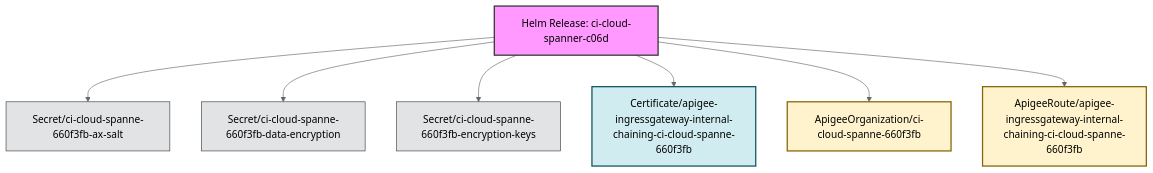
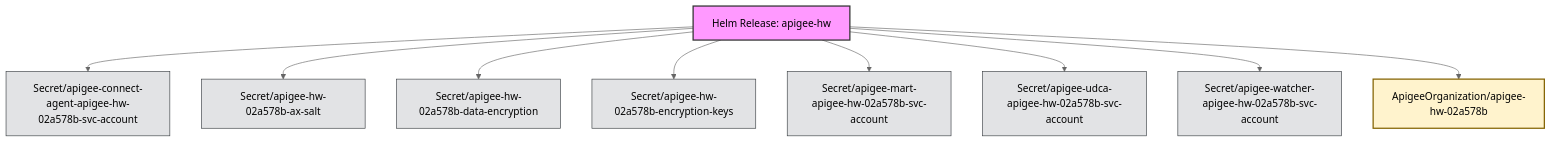
The diagram in generated/apigee-org-1.15.0-shallow-all.md (anaik91/apigee-hybrid-relationship-builder), drawn with Mermaid (neutral theme) before and after one commit. The commit also changed other lines of this file and 51 other files, not shown here.

````diff
--- a/generated/apigee-org-1.15.0-shallow-all.md
+++ b/generated/apigee-org-1.15.0-shallow-all.md
@@ -11,35 +11,41 @@
 ```mermaid
 graph TD;
     classDef helm fill:#f9f,stroke:#333,stroke-width:2px,color:#000
     classDef workload fill:#cce5ff,stroke:#004085,stroke-width:1px,color:#000
     classDef network fill:#d4edda,stroke:#155724,stroke-width:1px,color:#000
     classDef config fill:#e2e3e5,stroke:#383d41,stroke-width:1px,color:#000
     classDef rbac fill:#f8d7da,stroke:#721c24,stroke-width:1px,color:#000
     classDef apigee_crd fill:#fff3cd,stroke:#856404,stroke-width:2px,color:#000
     classDef cert_manager_crd fill:#d1ecf1,stroke:#0c5460,stroke-width:2px,color:#000
     classDef webhook fill:#ddd,stroke:#333,stroke-width:2px,color:#000
     classDef default fill:#fff,stroke:#333,stroke-width:1px,color:#000
 
-    HelmReleasecicloudspannerc06d["Helm Release: ci-cloud-spanner-c06d"]
-    Secretcicloudspanne660f3fbaxsalt["Secret/ci-cloud-spanne-660f3fb-ax-salt"]
-    Secretcicloudspanne660f3fbdataencryption["Secret/ci-cloud-spanne-660f3fb-data-encryption"]
-    Secretcicloudspanne660f3fbencryptionkeys["Secret/ci-cloud-spanne-660f3fb-encryption-keys"]
-    Certificateapigeeingressgatewayinternalchainingcicloudspanne660f3fb["Certificate/apigee-ingressgateway-internal-chaining-ci-cloud-spanne-660f3fb"]
-    ApigeeOrganizationcicloudspanne660f3fb["ApigeeOrganization/ci-cloud-spanne-660f3fb"]
-    ApigeeRouteapigeeingressgatewayinternalchainingcicloudspanne660f3fb["ApigeeRoute/apigee-ingressgateway-internal-chaining-ci-cloud-spanne-660f3fb"]
+    HelmReleaseapigeehw["Helm Release: apigee-hw"]
+    Secretapigeeconnectagentapigeehw02a578bsvcaccount["Secret/apigee-connect-agent-apigee-hw-02a578b-svc-account"]
+    Secretapigeehw02a578baxsalt["Secret/apigee-hw-02a578b-ax-salt"]
+    Secretapigeehw02a578bdataencryption["Secret/apigee-hw-02a578b-data-encryption"]
+    Secretapigeehw02a578bencryptionkeys["Secret/apigee-hw-02a578b-encryption-keys"]
+    Secretapigeemartapigeehw02a578bsvcaccount["Secret/apigee-mart-apigee-hw-02a578b-svc-account"]
+    Secretapigeeudcaapigeehw02a578bsvcaccount["Secret/apigee-udca-apigee-hw-02a578b-svc-account"]
+    Secretapigeewatcherapigeehw02a578bsvcaccount["Secret/apigee-watcher-apigee-hw-02a578b-svc-account"]
+    ApigeeOrganizationapigeehw02a578b["ApigeeOrganization/apigee-hw-02a578b"]
 
-    class HelmReleasecicloudspannerc06d helm;
-    class Secretcicloudspanne660f3fbaxsalt config;
-    class Secretcicloudspanne660f3fbdataencryption config;
-    class Secretcicloudspanne660f3fbencryptionkeys config;
-    class Certificateapigeeingressgatewayinternalchainingcicloudspanne660f3fb cert_manager_crd;
-    class ApigeeOrganizationcicloudspanne660f3fb apigee_crd;
-    class ApigeeRouteapigeeingressgatewayinternalchainingcicloudspanne660f3fb apigee_crd;
+    class HelmReleaseapigeehw helm;
+    class Secretapigeeconnectagentapigeehw02a578bsvcaccount config;
+    class Secretapigeehw02a578baxsalt config;
+    class Secretapigeehw02a578bdataencryption config;
+    class Secretapigeehw02a578bencryptionkeys config;
+    class Secretapigeemartapigeehw02a578bsvcaccount config;
+    class Secretapigeeudcaapigeehw02a578bsvcaccount config;
+    class Secretapigeewatcherapigeehw02a578bsvcaccount config;
+    class ApigeeOrganizationapigeehw02a578b apigee_crd;
 
-    HelmReleasecicloudspannerc06d --> Secretcicloudspanne660f3fbaxsalt
-    HelmReleasecicloudspannerc06d --> Secretcicloudspanne660f3fbdataencryption
-    HelmReleasecicloudspannerc06d --> Secretcicloudspanne660f3fbencryptionkeys
-    HelmReleasecicloudspannerc06d --> Certificateapigeeingressgatewayinternalchainingcicloudspanne660f3fb
-    HelmReleasecicloudspannerc06d --> ApigeeOrganizationcicloudspanne660f3fb
-    HelmReleasecicloudspannerc06d --> ApigeeRouteapigeeingressgatewayinternalchainingcicloudspanne660f3fb
+    HelmReleaseapigeehw --> Secretapigeeconnectagentapigeehw02a578bsvcaccount
+    HelmReleaseapigeehw --> Secretapigeehw02a578baxsalt
+    HelmReleaseapigeehw --> Secretapigeehw02a578bdataencryption
+    HelmReleaseapigeehw --> Secretapigeehw02a578bencryptionkeys
+    HelmReleaseapigeehw --> Secretapigeemartapigeehw02a578bsvcaccount
+    HelmReleaseapigeehw --> Secretapigeeudcaapigeehw02a578bsvcaccount
+    HelmReleaseapigeehw --> Secretapigeewatcherapigeehw02a578bsvcaccount
+    HelmReleaseapigeehw --> ApigeeOrganizationapigeehw02a578b
 ```
````
